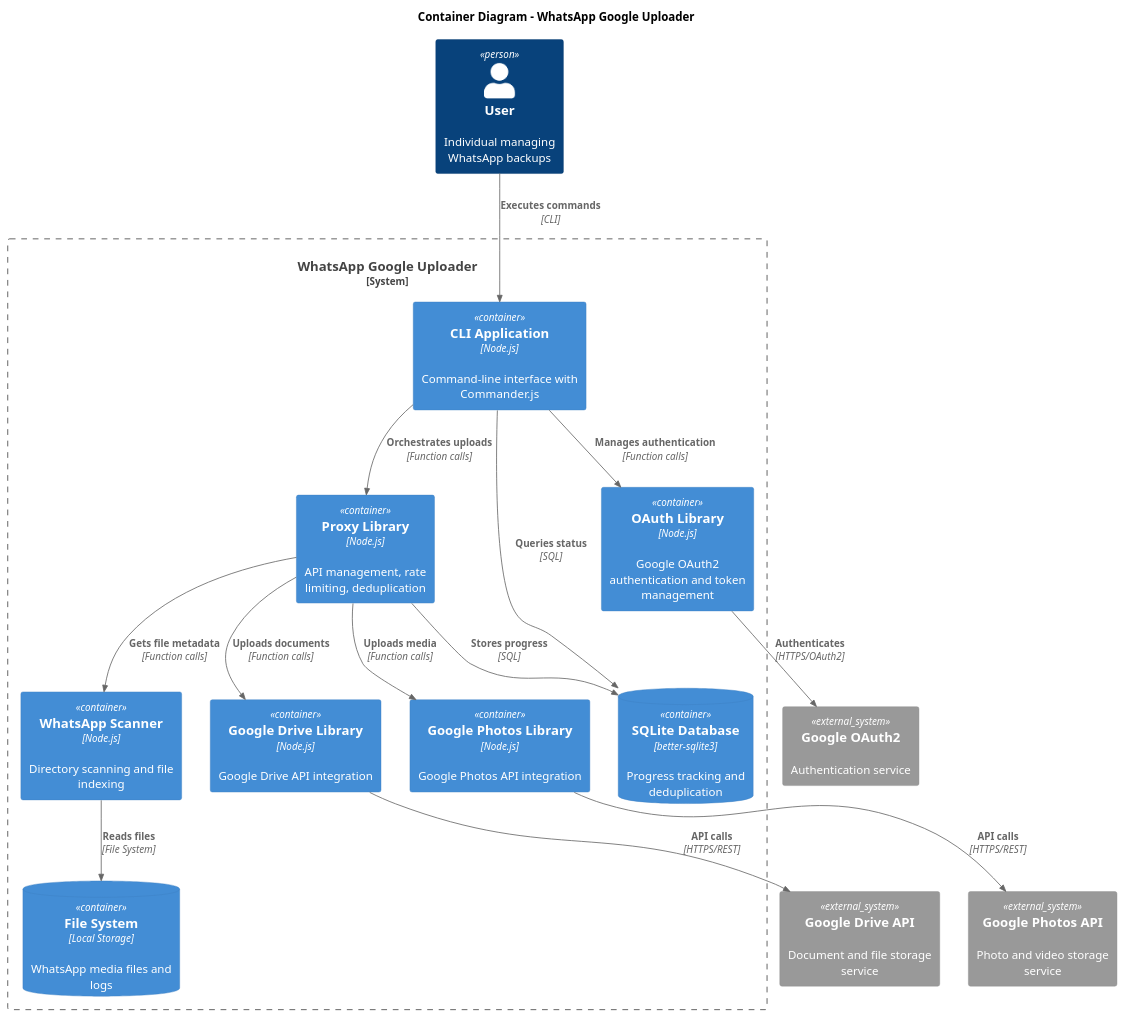
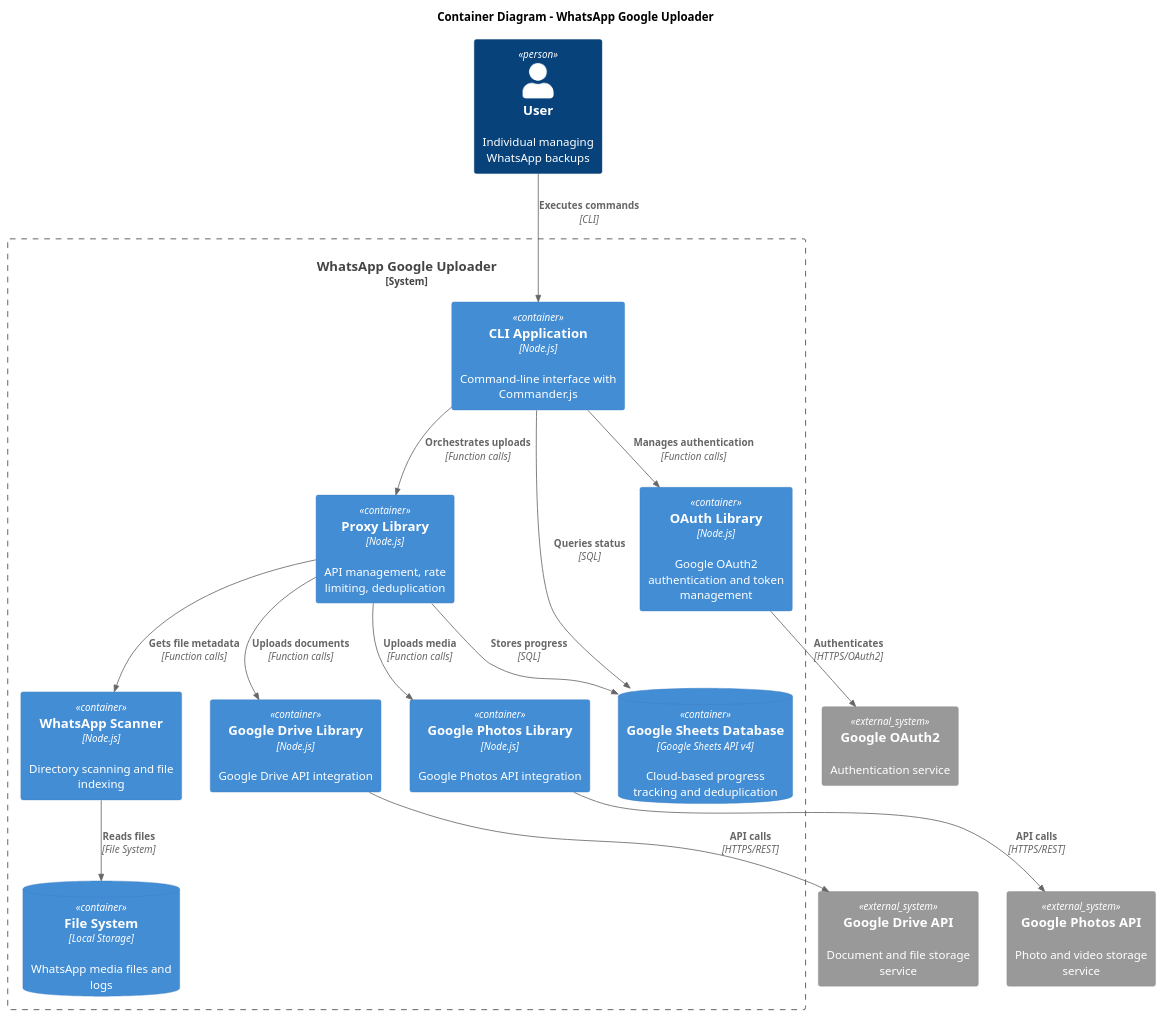
The second of 3 diagrams in memory-system/reference/architecture.md (eduoda/whatsapp-google-uploader), drawn with PlantUML before and after one commit. The commit also changed other lines of this file and 6 other files, not shown here.

First line of the commit message:
docs: update memory system after Google Sheets migration

````diff
--- a/memory-system/reference/architecture.md
+++ b/memory-system/reference/architecture.md
@@ -98,38 +98,38 @@
 ```plantuml
 @startuml C2_Container
 !include <C4/C4_Container>
 
 title Container Diagram - WhatsApp Google Uploader
 
 Person(user, "User", "Individual managing WhatsApp backups")
 
 System_Boundary(uploader, "WhatsApp Google Uploader") {
     Container(cli, "CLI Application", "Node.js", "Command-line interface with Commander.js")
     Container(oauth, "OAuth Library", "Node.js", "Google OAuth2 authentication and token management")
     Container(drive, "Google Drive Library", "Node.js", "Google Drive API integration")
     Container(photos, "Google Photos Library", "Node.js", "Google Photos API integration")
     Container(proxy, "Proxy Library", "Node.js", "API management, rate limiting, deduplication")
     Container(scanner, "WhatsApp Scanner", "Node.js", "Directory scanning and file indexing")
-    ContainerDb(database, "SQLite Database", "better-sqlite3", "Progress tracking and deduplication")
+    ContainerDb(database, "Google Sheets Database", "Google Sheets API v4", "Cloud-based progress tracking and deduplication")
     ContainerDb(filesystem, "File System", "Local Storage", "WhatsApp media files and logs")
 }
 
 System_Ext(googlephotos, "Google Photos API", "Photo and video storage service")
 System_Ext(googledrive, "Google Drive API", "Document and file storage service")
 System_Ext(googleauth, "Google OAuth2", "Authentication service")
 
 Rel(user, cli, "Executes commands", "CLI")
 Rel(cli, oauth, "Manages authentication", "Function calls")
 Rel(cli, proxy, "Orchestrates uploads", "Function calls")
 Rel(proxy, drive, "Uploads documents", "Function calls")
 Rel(proxy, photos, "Uploads media", "Function calls")
 Rel(proxy, scanner, "Gets file metadata", "Function calls")
 Rel(oauth, googleauth, "Authenticates", "HTTPS/OAuth2")
 Rel(drive, googledrive, "API calls", "HTTPS/REST")
 Rel(photos, googlephotos, "API calls", "HTTPS/REST")
 Rel(scanner, filesystem, "Reads files", "File System")
 Rel(proxy, database, "Stores progress", "SQL")
 Rel(cli, database, "Queries status", "SQL")
 
 @enduml
 ```
````
